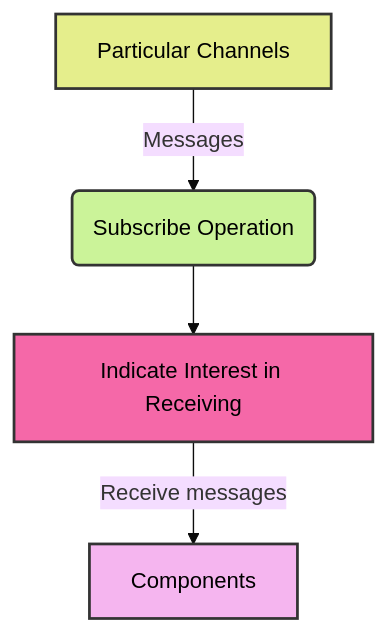
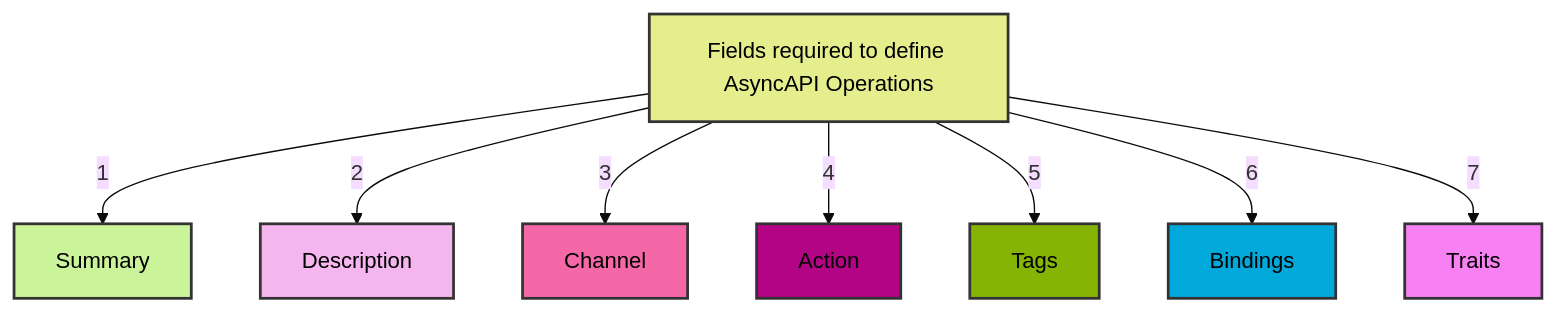
Before and after one commit to asyncapi/website: the diagram in pages/docs/concepts/asyncapi-document/adding-operations.md, drawn with Mermaid (base theme). The commit also changed other lines of this file, not shown here.

````diff
--- a/pages/docs/concepts/asyncapi-document/adding-operations.md
+++ b/pages/docs/concepts/asyncapi-document/adding-operations.md
@@ -109,12 +26,23 @@
 ```mermaid
 flowchart TD
 style A fill:#E5EE8C,stroke:#333,stroke-width:2px
 style B fill:#CBF399,stroke:#333,stroke-width:2px
 style C fill:#F5B5EF,stroke:#333,stroke-width:2px
 style D fill:#F568A8,stroke:#333,stroke-width:2px
-    A[Particular Channels] -- Messages --> B(Subscribe Operation)
-    B --> D[Indicate Interest in Receiving]
-    D -- Receive messages--> C[Components]
+
+style E fill:#B40486,stroke:#333,stroke-width:2px
+style F fill:#86B404,stroke:#333,stroke-width:2px
+style G fill:#01A9DB,stroke:#333,stroke-width:2px
+style H fill:#F781F3,stroke:#333,stroke-width:2px
+
+  A[Fields required to define AsyncAPI Operations] -->|1| B[Summary]
+  A -->|2| C[Description]
+  A -->|3| D[Channel]
+  A -->|4| E[Action]
+  A -->|5| F[Tags]
+  A -->|6| G[Bindings]
+  A -->|7| H[Traits]
+
 classDef labelStyle color:#000000;
-    class A,B,C,D,E,F,G,H,I,J labelStyle;
-```  
+    class A,B,C,D,E,F,G,H labelStyle;
+```
````
